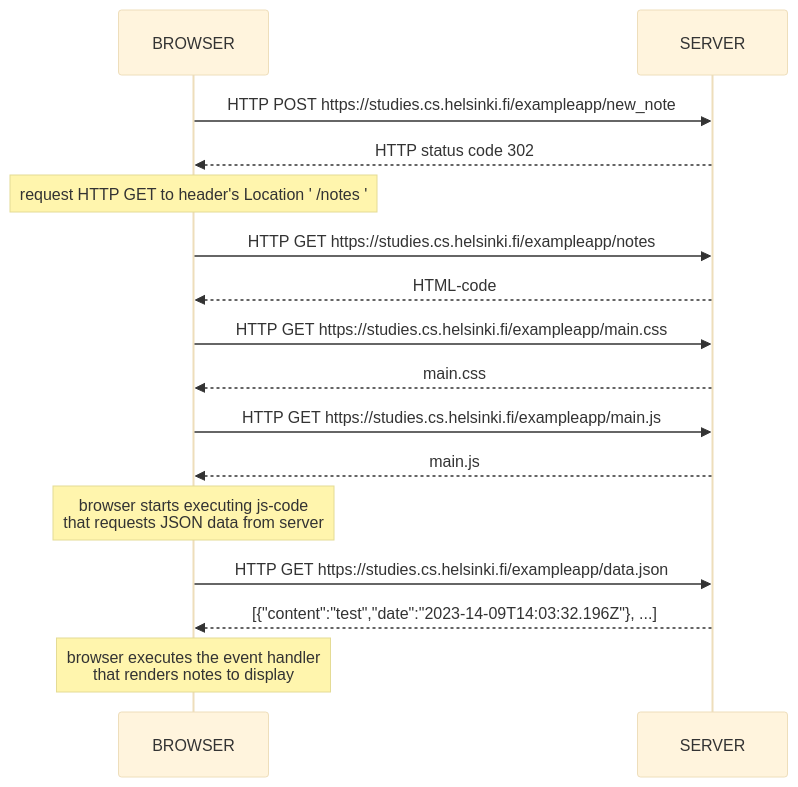
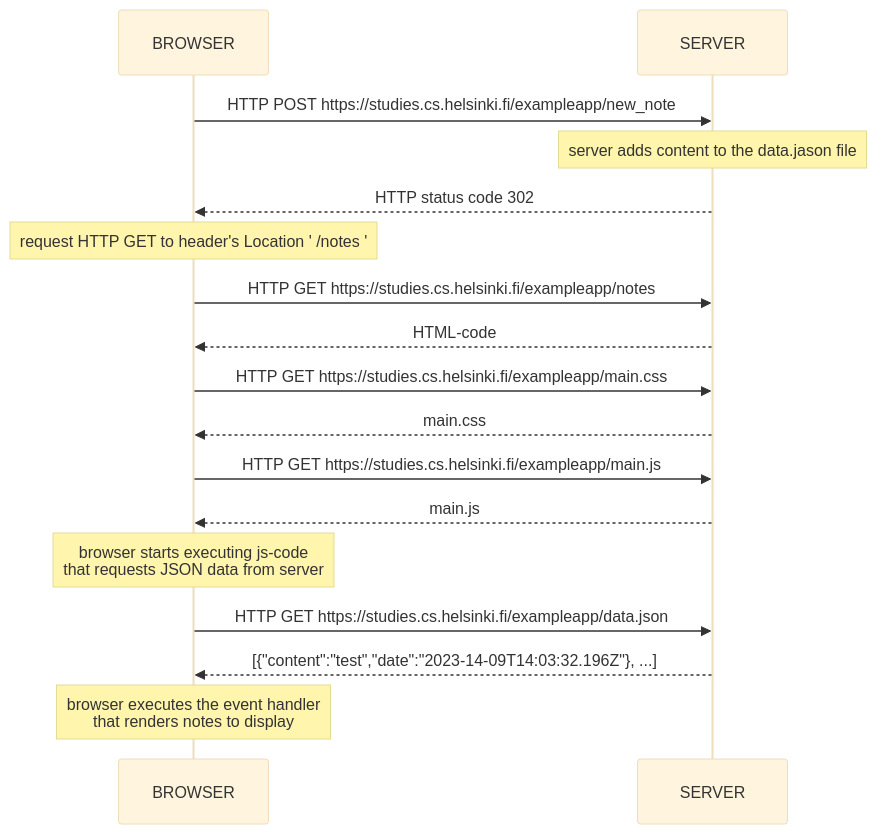
The diagram in Folder/0.4.md (OVCZAR/Zawodowy), drawn with Mermaid (base theme) before and after one commit.

````diff
--- a/Folder/0.4.md
+++ b/Folder/0.4.md
@@ -1,22 +1,23 @@
 ```mermaid
 sequenceDiagram
 
     BROWSER->>SERVER: HTTP POST https://studies.cs.helsinki.fi/exampleapp/new_note
+    Note over SERVER: server adds content to the data.jason file
     SERVER-->>BROWSER: HTTP status code 302
     Note over BROWSER: request HTTP GET to header's Location ' /notes '
     BROWSER->>SERVER: HTTP GET https://studies.cs.helsinki.fi/exampleapp/notes
     SERVER-->>BROWSER: HTML-code
     BROWSER->>SERVER: HTTP GET https://studies.cs.helsinki.fi/exampleapp/main.css
     SERVER-->>BROWSER: main.css
     BROWSER->>SERVER: HTTP GET https://studies.cs.helsinki.fi/exampleapp/main.js
     SERVER-->>BROWSER: main.js
 
     Note over BROWSER: browser starts executing js-code <br> that requests JSON data from server 
 
     BROWSER->>SERVER: HTTP GET https://studies.cs.helsinki.fi/exampleapp/data.json
     SERVER-->>BROWSER: [{"content":"test","date":"2023-14-09T14:03:32.196Z"}, ...]
 
     note over BROWSER: browser executes the event handler <br> that renders notes to display
 
 
 ```
````
